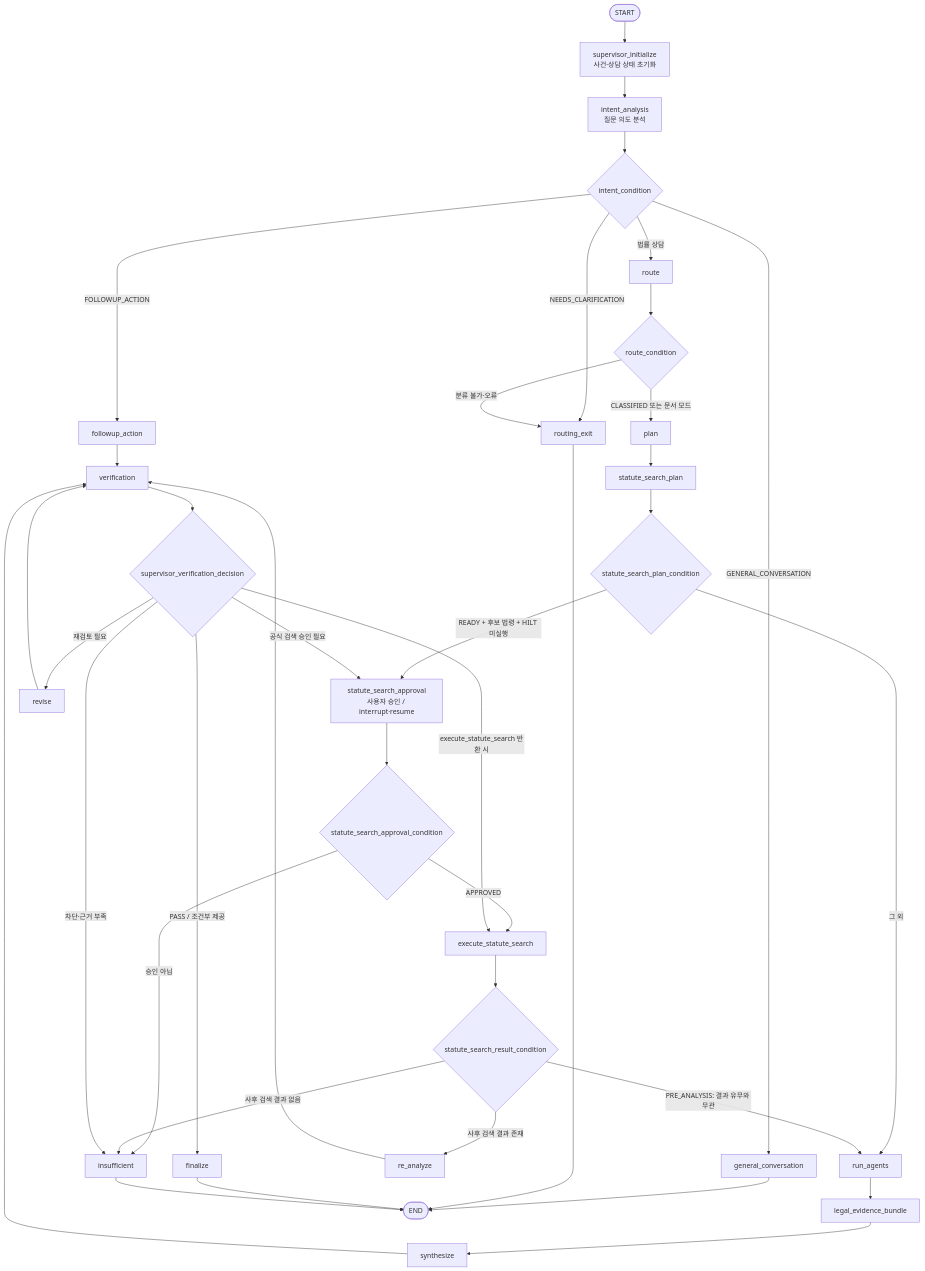
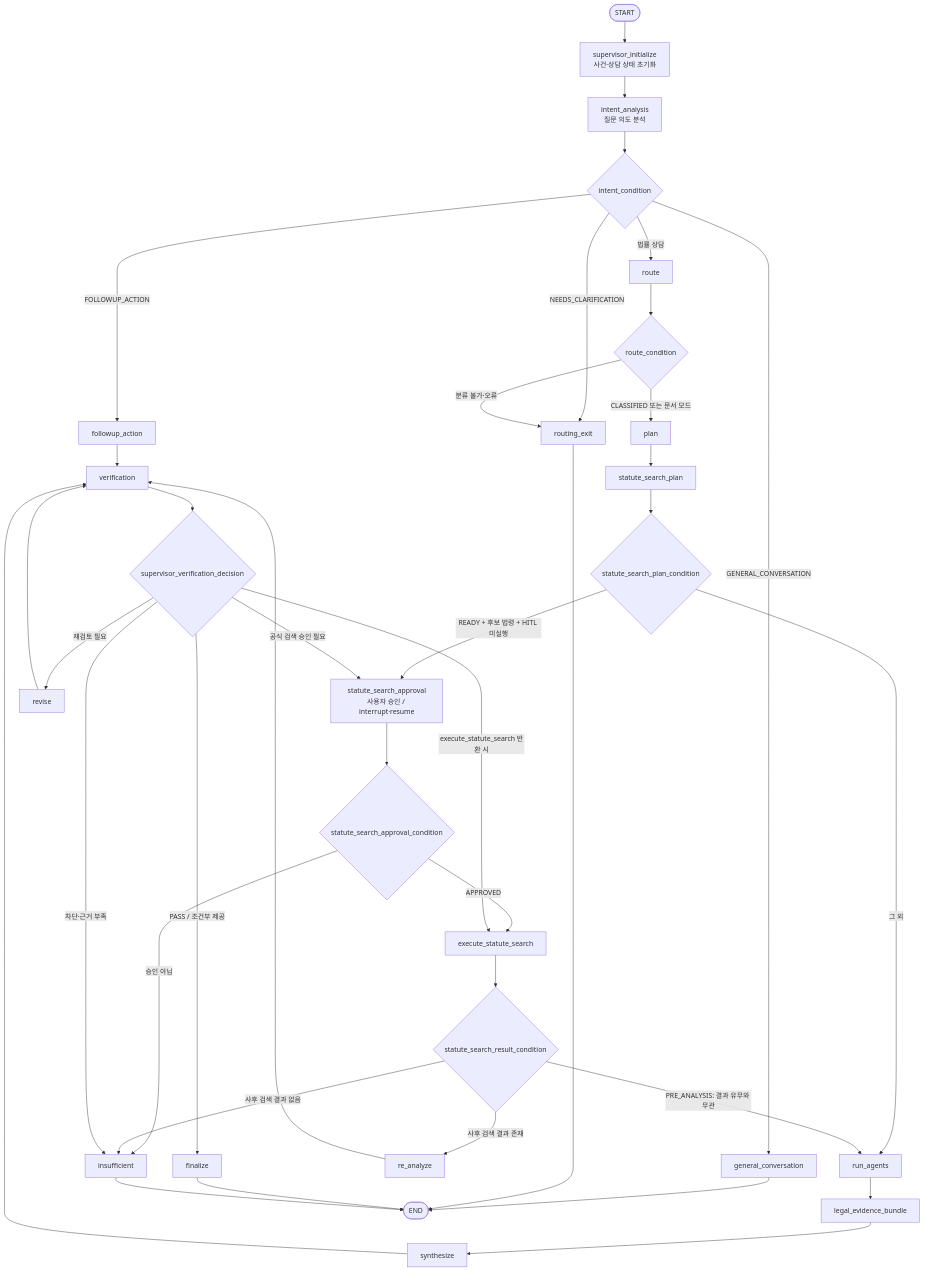
One commit to yjjungyo/ai-legal-helper changed the diagram in docs/architecture/LEGAL_CONSULTATION_WORKFLOW_AS_IS.md. Above: the diagram before and after it, drawn with Mermaid. The commit also changed other lines of this file, not shown here.

Commit message:
chore: correct HITL acronym spelling only

````diff
--- a/docs/architecture/LEGAL_CONSULTATION_WORKFLOW_AS_IS.md
+++ b/docs/architecture/LEGAL_CONSULTATION_WORKFLOW_AS_IS.md
@@ -8,40 +8,40 @@
 ```mermaid
 flowchart TD
     START(["START"]) --> SI["supervisor_initialize<br/>사건·상담 상태 초기화"]
     SI --> IA["intent_analysis<br/>질문 의도 분석"]
     IA --> IC{"intent_condition"}
     IC -->|GENERAL_CONVERSATION| GC["general_conversation"]
     IC -->|NEEDS_CLARIFICATION| RX["routing_exit"]
     IC -->|FOLLOWUP_ACTION| FA["followup_action"]
     IC -->|법률 상담| R["route"]
     R --> RC{"route_condition"}
     RC -->|CLASSIFIED 또는 문서 모드| P["plan"]
     RC -->|분류 불가·오류| RX
     P --> SP["statute_search_plan"]
     SP --> SPC{"statute_search_plan_condition"}
-    SPC -->|READY + 후보 법령 + HILT 미실행| H["statute_search_approval<br/>사용자 승인 / interrupt·resume"]
+    SPC -->|READY + 후보 법령 + HITL 미실행| H["statute_search_approval<br/>사용자 승인 / interrupt·resume"]
     SPC -->|그 외| A["run_agents"]
     H --> HC{"statute_search_approval_condition"}
     HC -->|APPROVED| ES["execute_statute_search"]
     HC -->|승인 아님| IN["insufficient"]
     ES --> ESC{"statute_search_result_condition"}
     ESC -->|PRE_ANALYSIS: 결과 유무와 무관| A
     ESC -->|사후 검색 결과 존재| RA["re_analyze"]
     ESC -->|사후 검색 결과 없음| IN
     A --> EB["legal_evidence_bundle"]
     EB --> SY["synthesize"]
     SY --> V["verification"]
     FA --> V
     RA --> V
     V --> SD{"supervisor_verification_decision"}
     SD -->|PASS / 조건부 제공| F["finalize"]
     SD -->|공식 검색 승인 필요| H
     SD -->|execute_statute_search 반환 시| ES
     SD -->|재검토 필요| RV["revise"]
     SD -->|차단·근거 부족| IN
     RV --> V
     GC --> END(["END"])
     RX --> END
     F --> END
     IN --> END
 ```
````
